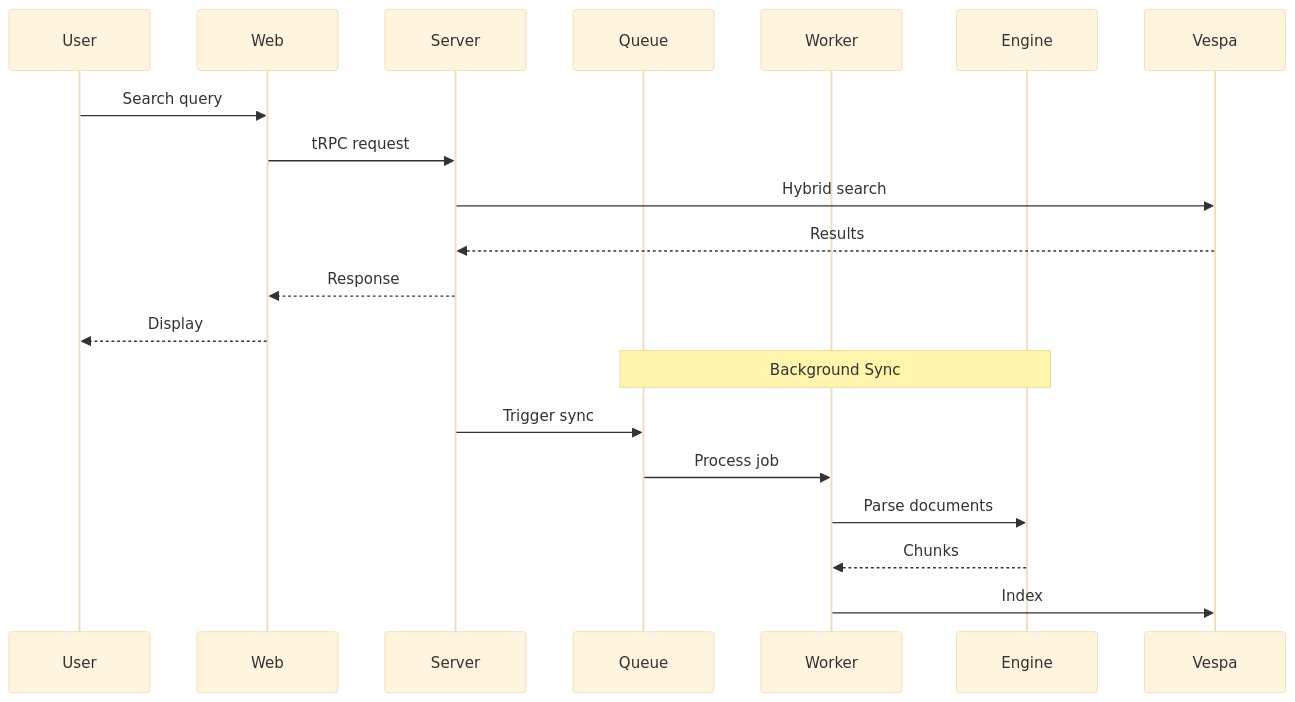
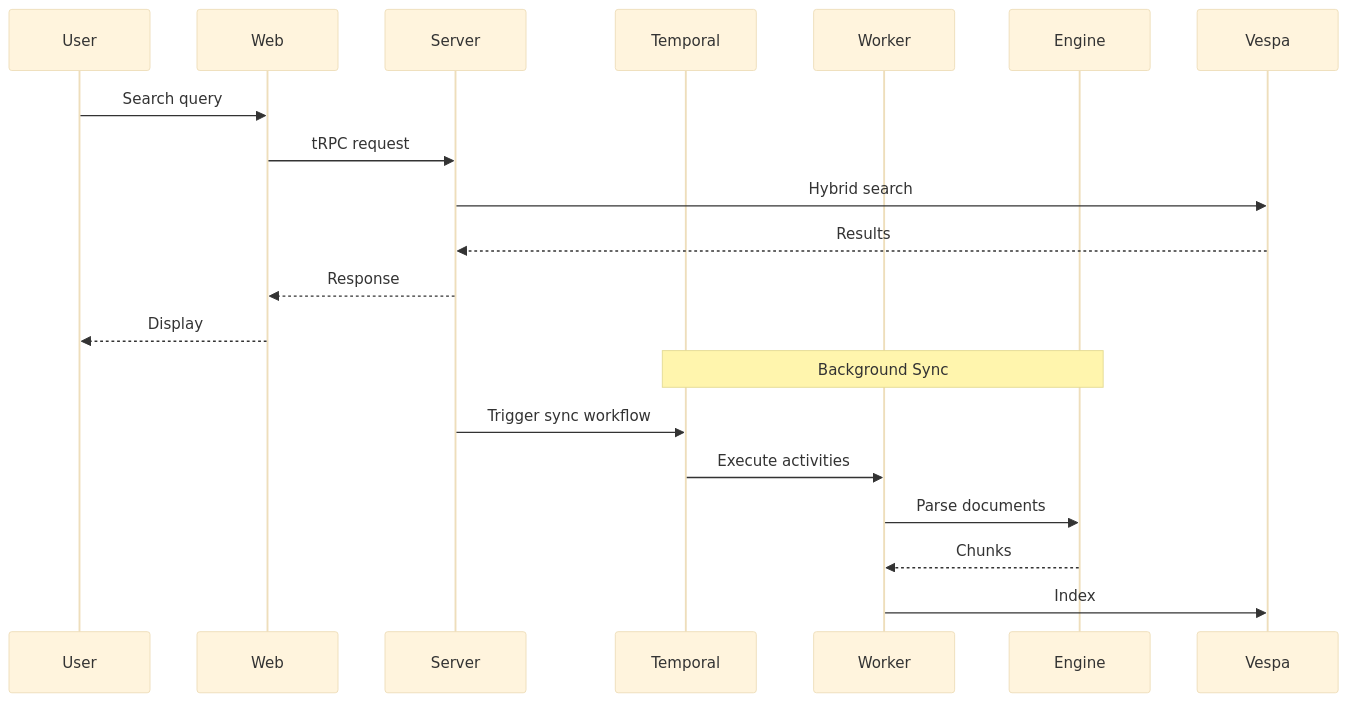
Before and after one commit to kuluruvineeth/openbeam: the second of 2 diagrams in apps/docs/content/docs/index.mdx, drawn with Mermaid (base theme). The commit also changed other lines of this file and 41 other files, not shown here.

Commit message:
docs: Add architecture MDX pages and navigation

````diff
--- a/apps/docs/content/docs/index.mdx
+++ b/apps/docs/content/docs/index.mdx
@@ -90,24 +90,24 @@
 ```mermaid
 sequenceDiagram
     participant U as User
     participant W as Web
     participant S as Server
-    participant Q as Queue
+    participant T as Temporal
     participant P as Worker
     participant E as Engine
     participant V as Vespa
 
     U->>W: Search query
     W->>S: tRPC request
     S->>V: Hybrid search
     V-->>S: Results
     S-->>W: Response
     W-->>U: Display
 
-    Note over Q,E: Background Sync
-    S->>Q: Trigger sync
-    Q->>P: Process job
+    Note over T,E: Background Sync
+    S->>T: Trigger sync workflow
+    T->>P: Execute activities
     P->>E: Parse documents
     E-->>P: Chunks
     P->>V: Index
 ```
````
